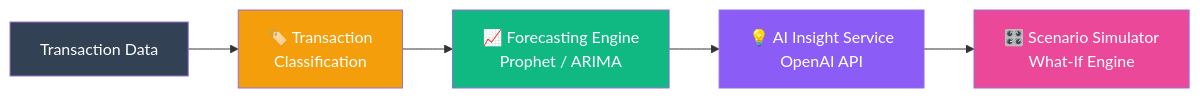
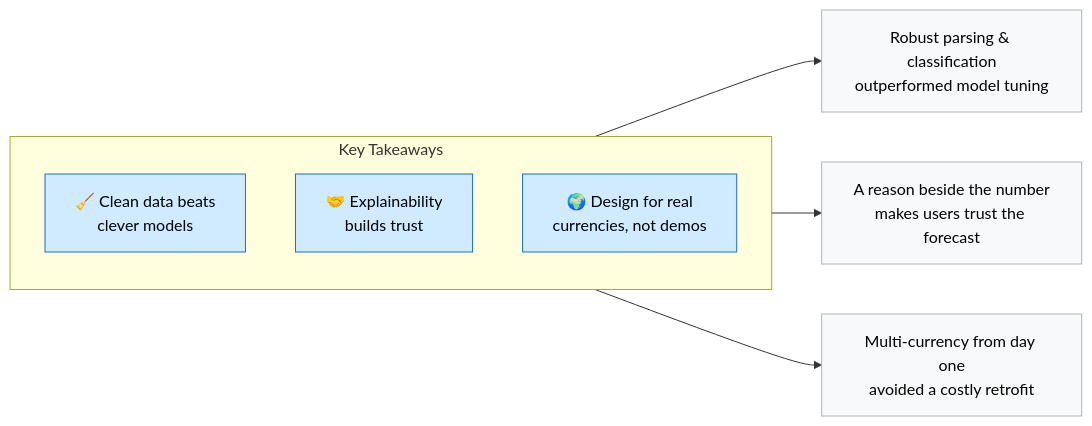
The fifth of 5 diagrams in README.md (ShraddhaD-07/project), drawn with Mermaid before and after one commit. The commit also changed other lines of this file, not shown here.

````diff
--- a/README.md
+++ b/README.md
@@ -256,13 +204,20 @@
 ```mermaid
 flowchart LR
-    T["Transaction Data"] --> CL["🏷️ Transaction<br/>Classification"]
-    CL --> FC["📈 Forecasting Engine<br/>Prophet / ARIMA"]
-    FC --> IN["💡 AI Insight Service<br/>OpenAI API"]
-    IN --> SC["🎛️ Scenario Simulator<br/>What-If Engine"]
+    subgraph L["Key Takeaways"]
+        direction TB
+        A["🧹 Clean data beats<br/>clever models"]
+        B["🤝 Explainability<br/>builds trust"]
+        C["🌍 Design for real<br/>currencies, not demos"]
+    end
 
-    style T fill:#334155,color:#fff
-    style CL fill:#f59e0b,color:#fff
-    style FC fill:#10b981,color:#fff
-    style IN fill:#8b5cf6,color:#fff
-    style SC fill:#ec4899,color:#fff
+    A --> A1["Robust parsing & classification<br/>outperformed model tuning"]
+    B --> B1["A reason beside the number<br/>makes users trust the forecast"]
+    C --> C1["Multi-currency from day one<br/>avoided a costly retrofit"]
+
+    style A fill:#d0ebff,stroke:#1971c2,color:#000
+    style B fill:#d0ebff,stroke:#1971c2,color:#000
+    style C fill:#d0ebff,stroke:#1971c2,color:#000
+    style A1 fill:#f8f9fa,stroke:#adb5bd,color:#000
+    style B1 fill:#f8f9fa,stroke:#adb5bd,color:#000
+    style C1 fill:#f8f9fa,stroke:#adb5bd,color:#000
 ```
````
